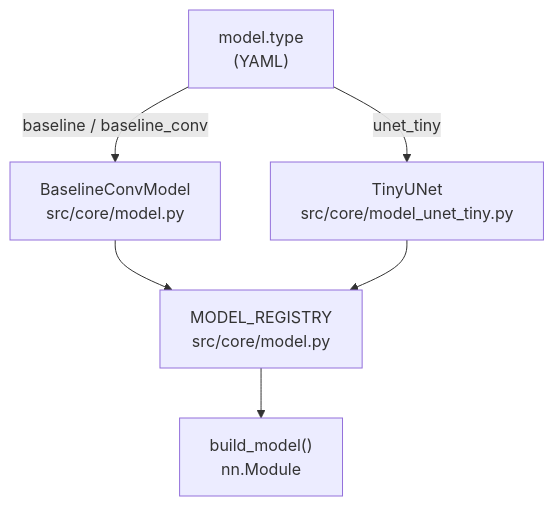
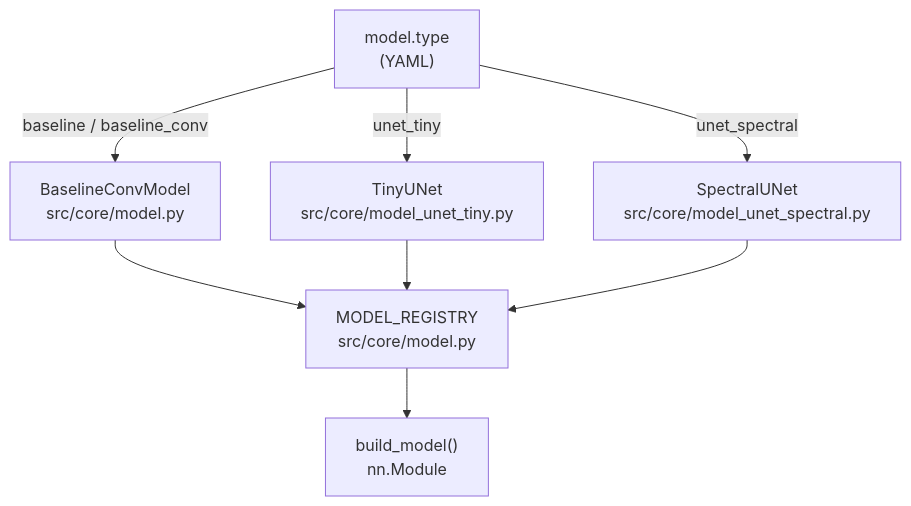
The fourth of 5 diagrams in README.md (benschneider/spectral-diffusion), drawn with Mermaid before and after one commit. The commit also changed other lines of this file and 9 other files, not shown here.

Commit message:
feat: Implement SpectralUNet and complex layers; update README and TODOs for spectral model research

````diff
--- a/README.md
+++ b/README.md
@@ -202,8 +203,10 @@
 ```mermaid
 flowchart TD
     X["model.type<br/>(YAML)"] -->|baseline / baseline_conv| Y["BaselineConvModel<br/>src/core/model.py"]
     X -->|unet_tiny| Z["TinyUNet<br/>src/core/model_unet_tiny.py"]
+    X -->|unet_spectral| W["SpectralUNet<br/>src/core/model_unet_spectral.py"]
     Y --> R["MODEL_REGISTRY<br/>src/core/model.py"]
     Z --> R
+    W --> R
     R --> S["build_model()<br/>nn.Module"]
 ```
````
